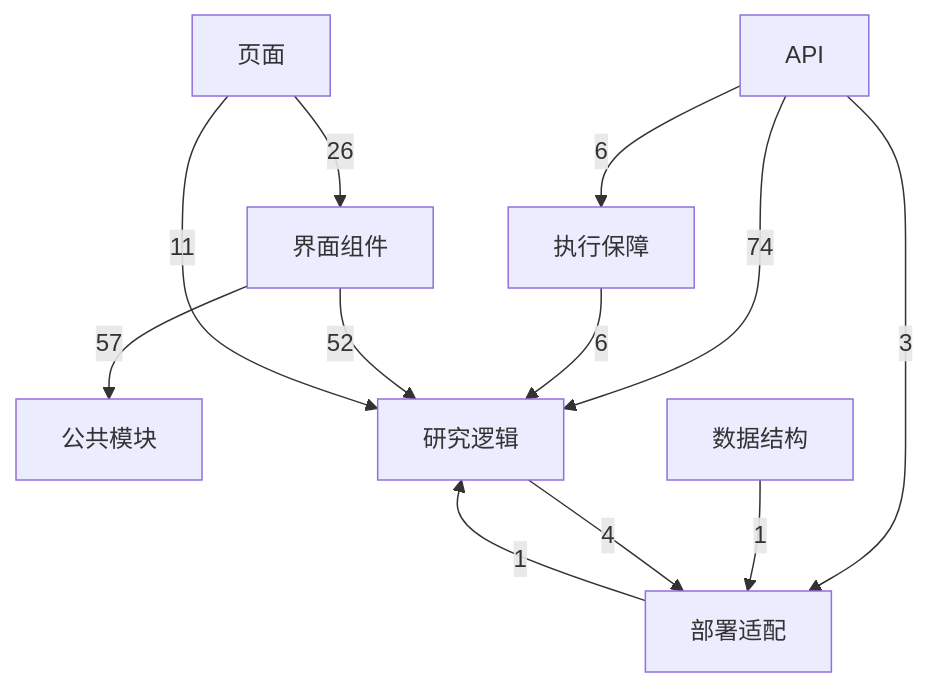
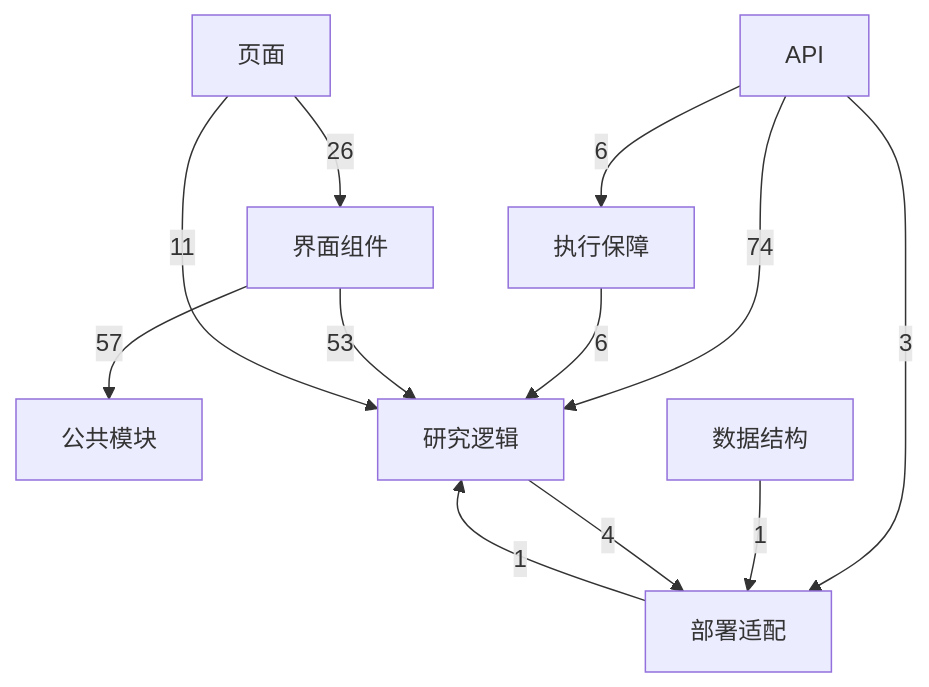
The diagram in docs/logic/ARCHITECTURE.generated.md (stelladu2026-arch/jianwei), drawn with Mermaid before and after one commit. The commit also changed other lines of this file and 7 other files, not shown here.

Commit message:
docs: sync clause-audit architecture and WorkBuddy launch assessment

````diff
--- a/docs/logic/ARCHITECTURE.generated.md
+++ b/docs/logic/ARCHITECTURE.generated.md
@@ -13,22 +13,22 @@
 ```mermaid
 flowchart TD
   m0["API"]
   m1["公共模块"]
   m2["执行保障"]
   m3["数据结构"]
   m4["界面组件"]
   m5["研究逻辑"]
   m6["部署适配"]
   m7["页面"]
   m0 -->|6| m2
   m0 -->|74| m5
   m0 -->|3| m6
   m2 -->|6| m5
   m3 -->|1| m6
   m4 -->|57| m1
-  m4 -->|52| m5
+  m4 -->|53| m5
   m5 -->|4| m6
   m6 -->|1| m5
   m7 -->|26| m4
   m7 -->|11| m5
 ```
````
